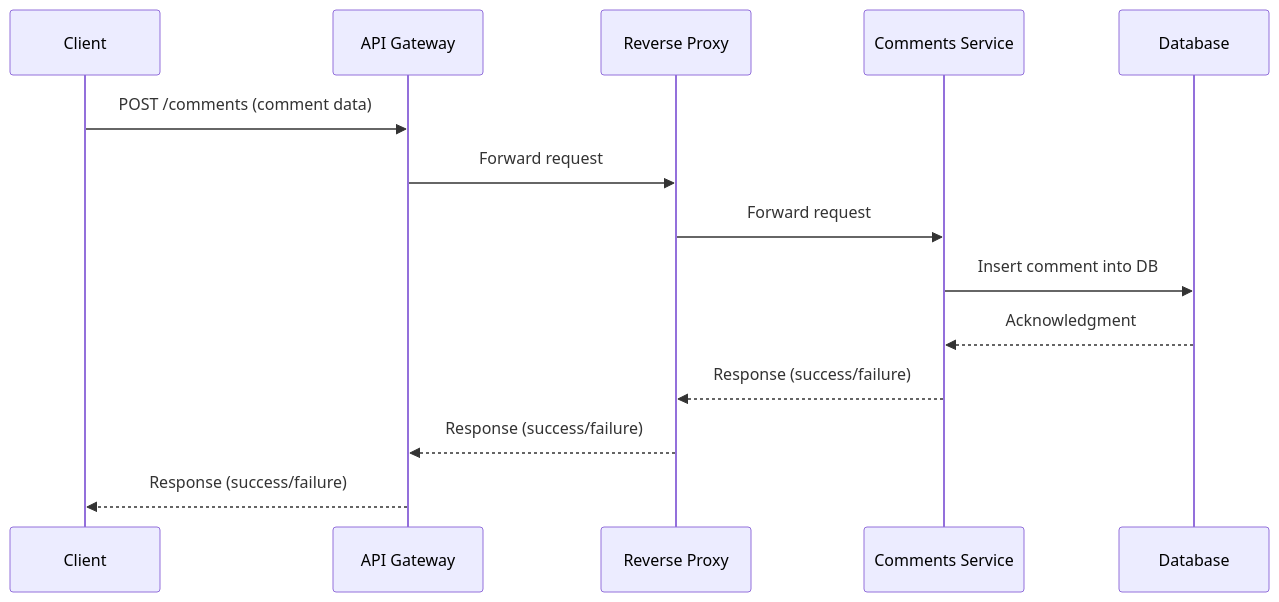
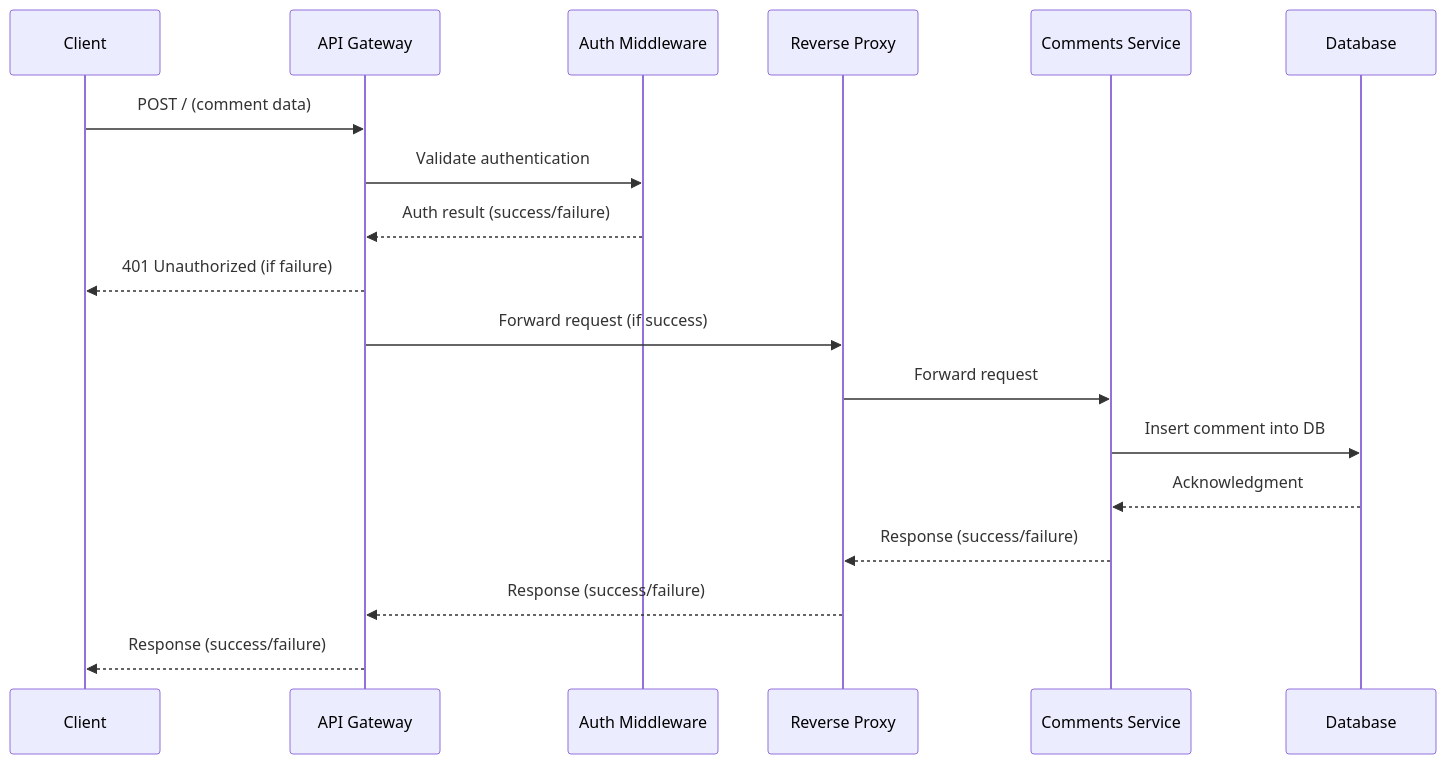
One commit to bandvov/social-media-go changed the diagram in comments/docs/add-comment.sequence.md. Above: the diagram before and after it, drawn with Mermaid. The commit also changed 2 other files, not shown here.

Commit message:
update diagram

````diff
--- a/comments/docs/add-comment.sequence.md
+++ b/comments/docs/add-comment.sequence.md
@@ -1,18 +1,23 @@
 ```mermaid
 sequenceDiagram
     participant Client
     participant API Gateway
+    participant Auth Middleware
     participant Reverse Proxy
     participant Comments Service
     participant Database
 
-    Client->>API Gateway: POST /comments (comment data)
-    API Gateway->>Reverse Proxy: Forward request
-    Reverse Proxy->>Comments Service: Forward request
+    Client->>API Gateway: POST / (comment data)
+    API Gateway->>Auth Middleware: Validate authentication
+    Auth Middleware-->>API Gateway: Auth result (success/failure)
+    API Gateway-->>Client: 401 Unauthorized (if failure)
+    API Gateway->>Reverse Proxy: Forward request (if success)
+    Reverse Proxy->>Comments Service: Forward request 
     Comments Service->>Database: Insert comment into DB
     Database-->>Comments Service: Acknowledgment
     Comments Service-->>Reverse Proxy: Response (success/failure)
     Reverse Proxy-->>API Gateway: Response (success/failure)
     API Gateway-->>Client: Response (success/failure)
 
+
 ```
````
